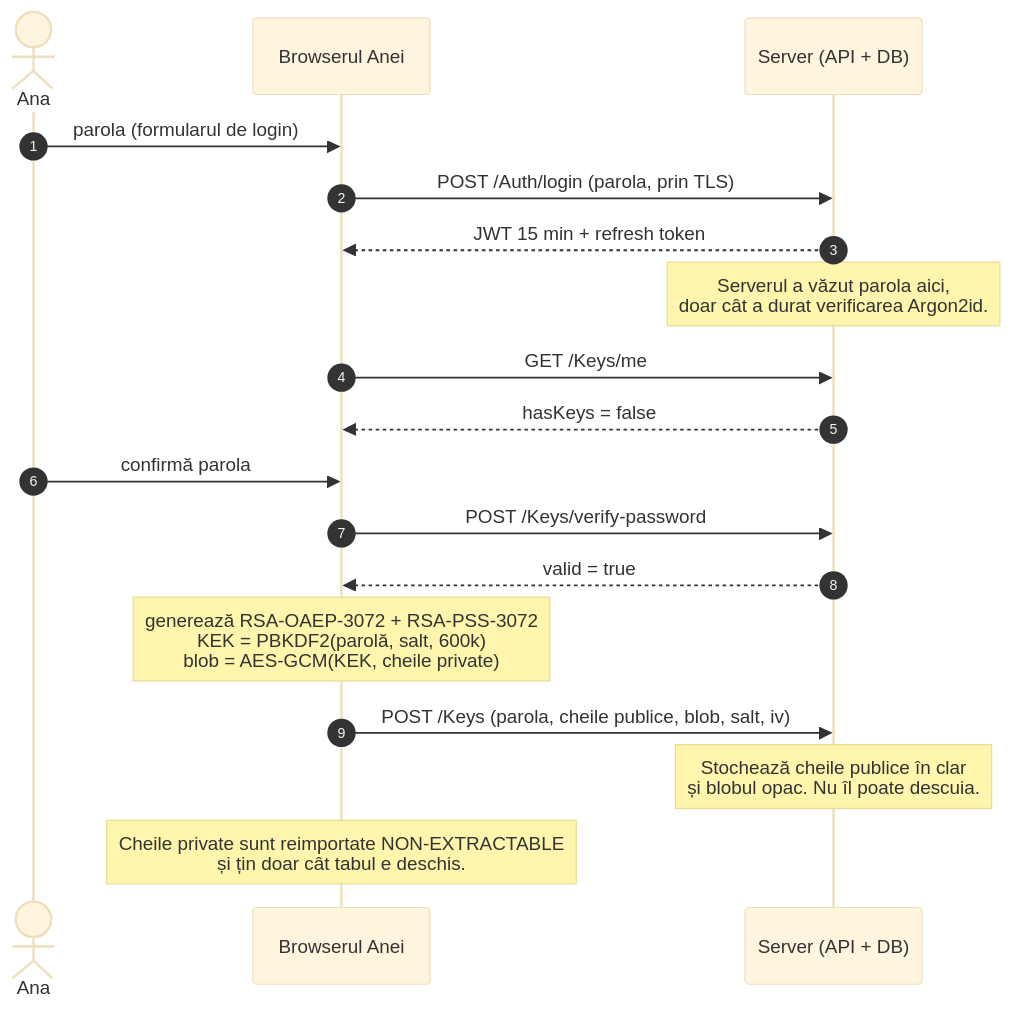
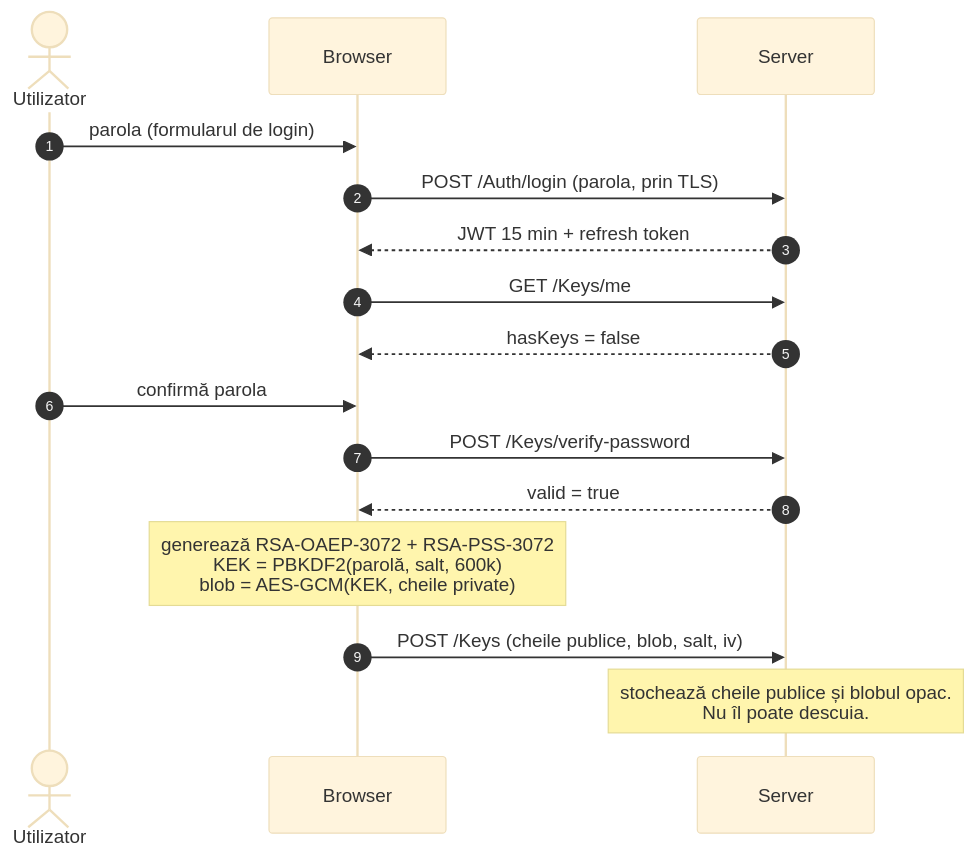
Before and after one commit to Danielus-hehe/mai-secure-platform: the second of 5 diagrams in README.md, drawn with Mermaid (base theme). The commit also changed other lines of this file, not shown here.

````diff
--- a/README.md
+++ b/README.md
@@ -124,21 +212,19 @@
 ```mermaid
 sequenceDiagram
     autonumber
-    actor A as Ana
-    participant B as Browserul Anei
-    participant S as Server (API + DB)
+    actor A as Utilizator
+    participant B as Browser
+    participant S as Server
 
     A->>B: parola (formularul de login)
     B->>S: POST /Auth/login (parola, prin TLS)
     S-->>B: JWT 15 min + refresh token
-    Note over S: Serverul a văzut parola aici,<br/>doar cât a durat verificarea Argon2id.
     B->>S: GET /Keys/me
     S-->>B: hasKeys = false
     A->>B: confirmă parola
     B->>S: POST /Keys/verify-password
     S-->>B: valid = true
     Note over B: generează RSA-OAEP-3072 + RSA-PSS-3072<br/>KEK = PBKDF2(parolă, salt, 600k)<br/>blob = AES-GCM(KEK, cheile private)
-    B->>S: POST /Keys (parola, cheile publice, blob, salt, iv)
-    Note over S: Stochează cheile publice în clar<br/>și blobul opac. Nu îl poate descuia.
-    Note over B: Cheile private sunt reimportate NON-EXTRACTABLE<br/>și țin doar cât tabul e deschis.
+    B->>S: POST /Keys (cheile publice, blob, salt, iv)
+    Note over S: stochează cheile publice și blobul opac.<br/>Nu îl poate descuia.
 ```
````
